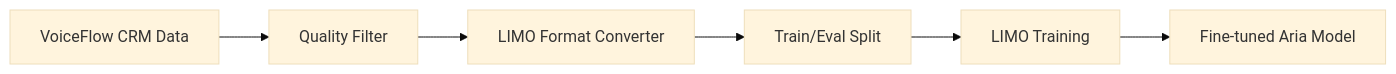
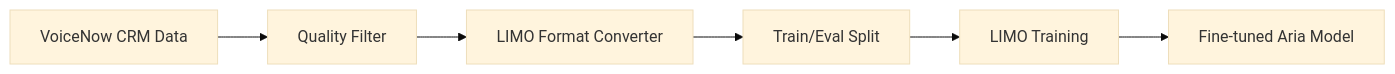
Before and after one commit to SGK112/voiceNow-crm: the diagram in backend/training/README.md, drawn with Mermaid (base theme). The commit also changed other lines of this file and 251 other files, not shown here.

````diff
--- a/backend/training/README.md
+++ b/backend/training/README.md
@@ -122,8 +122,8 @@
 ```mermaid
 graph LR
-    A[VoiceFlow CRM Data] --> B[Quality Filter]
+    A[VoiceNow CRM Data] --> B[Quality Filter]
     B --> C[LIMO Format Converter]
     C --> D[Train/Eval Split]
     D --> E[LIMO Training]
     E --> F[Fine-tuned Aria Model]
 ```
````
